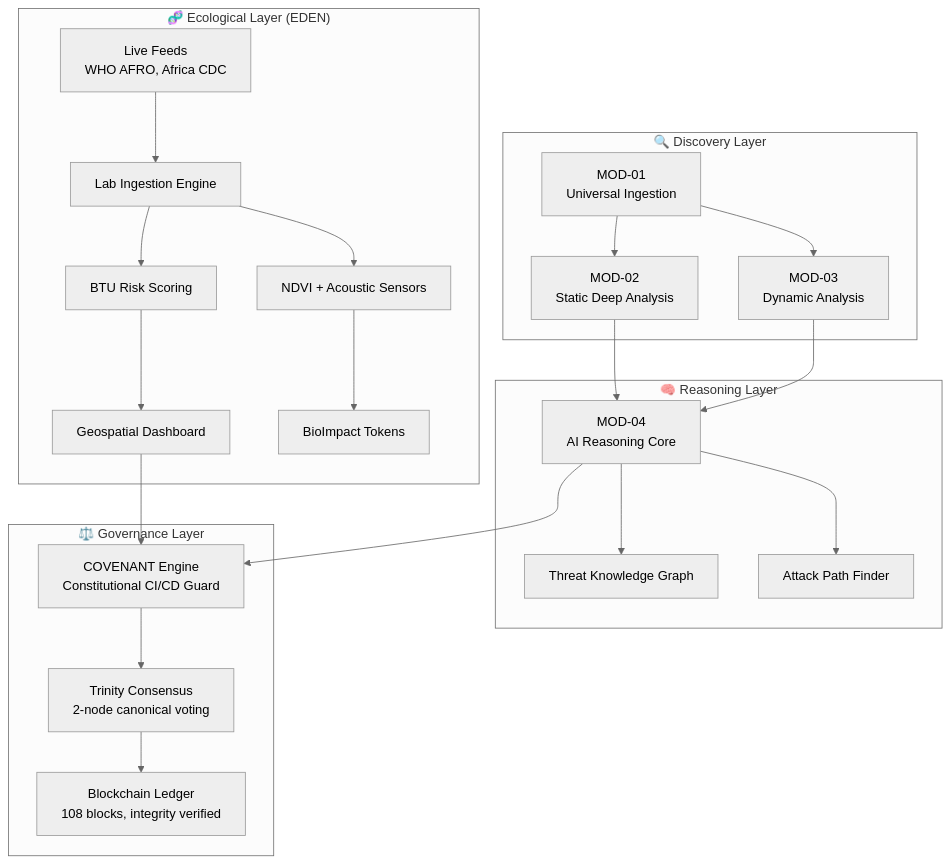
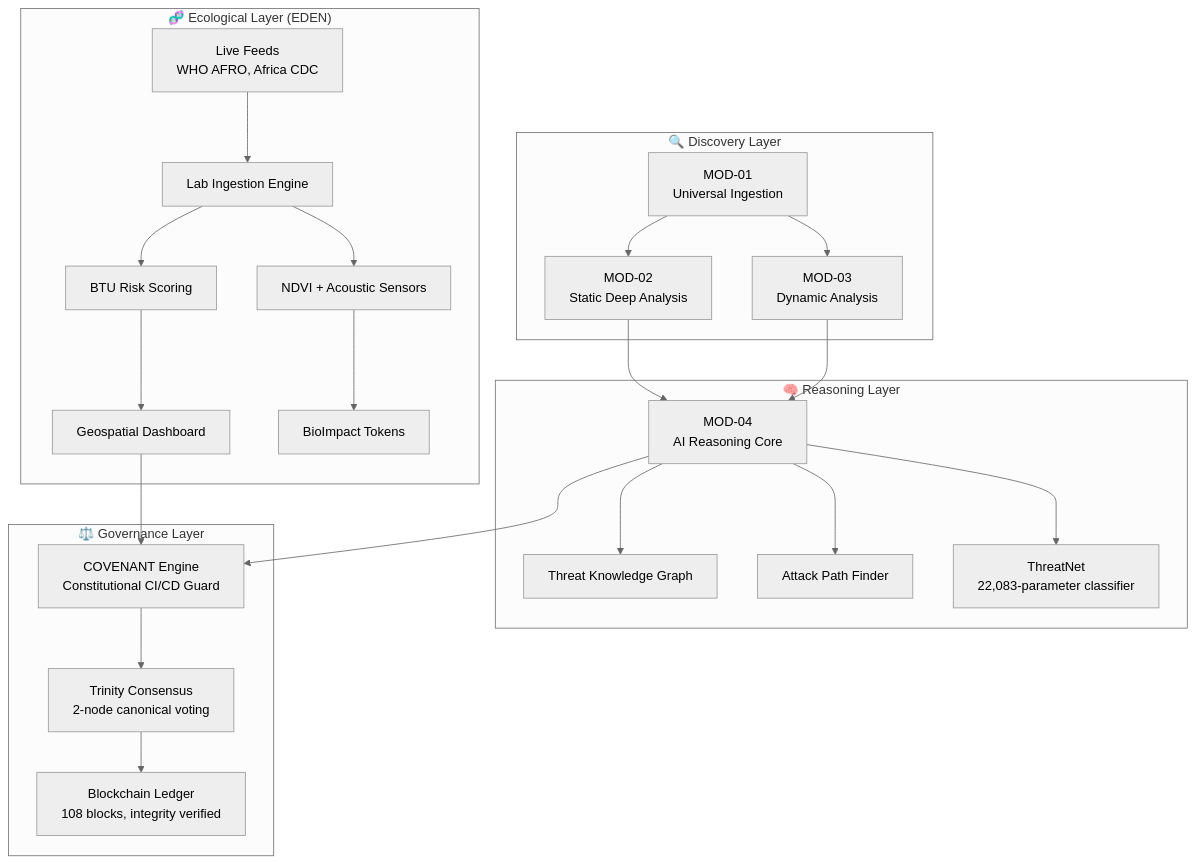
The diagram in README.md (waren23greg-stack/EDEN-BioGuard), drawn with Mermaid (neutral theme) before and after one commit. The commit also changed other lines of this file, not shown here.

First line of the commit message:
docs: align README architecture diagram and phase 4 roadmap heading

````diff
--- a/README.md
+++ b/README.md
@@ -35,32 +35,33 @@
 ```mermaid
 flowchart TB
     subgraph L1["🔍 Discovery Layer"]
         A1[MOD-01<br>Universal Ingestion] --> A2[MOD-02<br>Static Deep Analysis]
         A1 --> A3[MOD-03<br>Dynamic Analysis]
     end
 
     subgraph L2["🧠 Reasoning Layer"]
         A2 --> B1[MOD-04<br>AI Reasoning Core]
         A3 --> B1
         B1 --> B2[Threat Knowledge Graph]
         B1 --> B3[Attack Path Finder]
+        B1 --> B4[ThreatNet<br>22,083-parameter classifier]
     end
 
     subgraph L3["🧬 Ecological Layer (EDEN)"]
         C1[Live Feeds<br>WHO AFRO, Africa CDC] --> C2[Lab Ingestion Engine]
         C2 --> C3[BTU Risk Scoring]
         C3 --> C4[Geospatial Dashboard]
         C2 --> C5[NDVI + Acoustic Sensors]
         C5 --> C6[BioImpact Tokens]
     end
 
     subgraph L4["⚖️ Governance Layer"]
         D1[COVENANT Engine<br>Constitutional CI/CD Guard]
         D2[Trinity Consensus<br>2‑node canonical voting]
         D3[Blockchain Ledger<br>108 blocks, integrity verified]
     end
 
     B1 --> D1
     C4 --> D1
     D1 --> D2 --> D3
 ```
````
